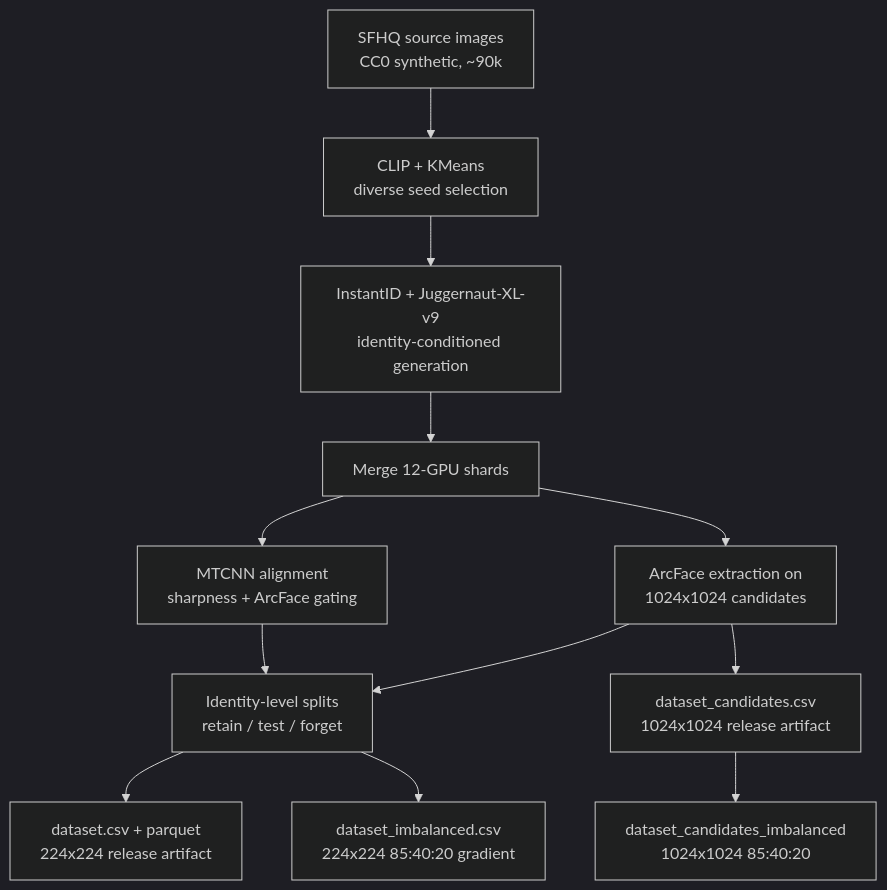
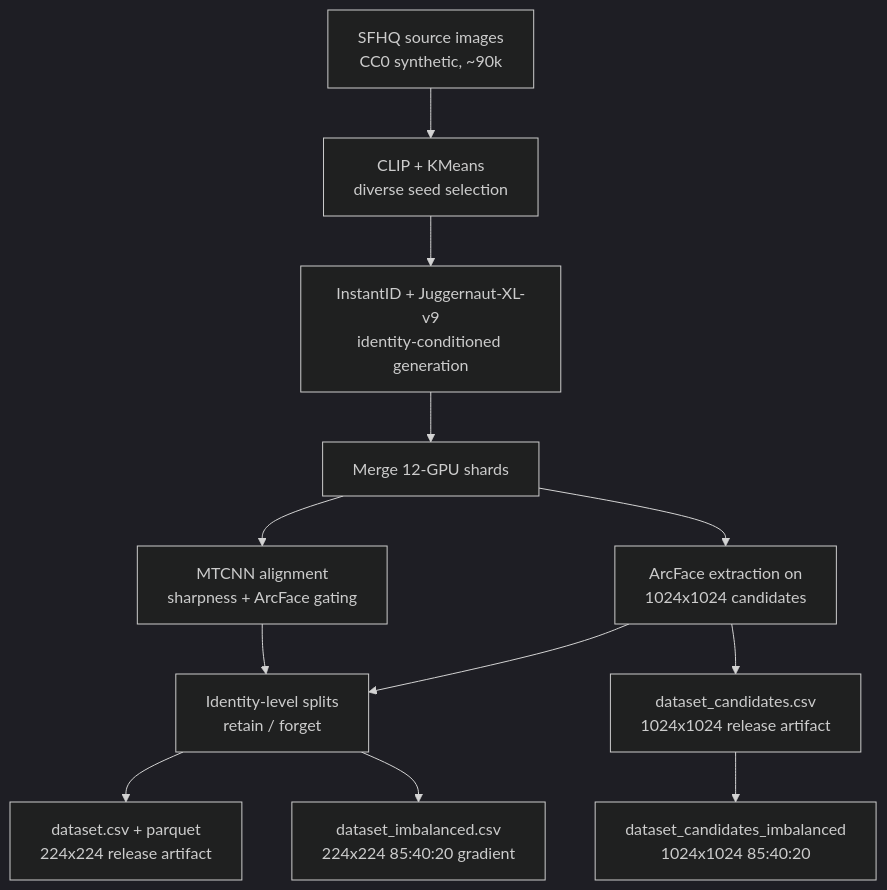
The diagram in README.md (FaizPalwala/virtual-id-gen), drawn with Mermaid (dark theme) before and after one commit. The commit also changed other lines of this file, not shown here.

First line of the commit message:
docs: README sweep — MUFAC splits, image_subset, max-size Full, 3 artifacts

````diff
--- a/README.md
+++ b/README.md
@@ -68,14 +69,14 @@
 ```mermaid
 flowchart TD
     A[SFHQ source images<br/>CC0 synthetic, ~90k] --> B[CLIP + KMeans<br/>diverse seed selection]
     B --> C[InstantID + Juggernaut-XL-v9<br/>identity-conditioned generation]
     C --> D[Merge 12-GPU shards]
     D --> E[ArcFace extraction on<br/>1024x1024 candidates]
     D --> F[MTCNN alignment<br/>sharpness + ArcFace gating]
-    E --> G[Identity-level splits<br/>retain / test / forget]
+    E --> G[Identity-level splits<br/>retain / forget]
     F --> G
     E --> J[dataset_candidates.csv<br/>1024x1024 release artifact]
     J --> K[dataset_candidates_imbalanced<br/>1024x1024 85:40:20]
     G --> H[dataset.csv + parquet<br/>224x224 release artifact]
     G --> I[dataset_imbalanced.csv<br/>224x224 85:40:20 gradient]
 ```
````
